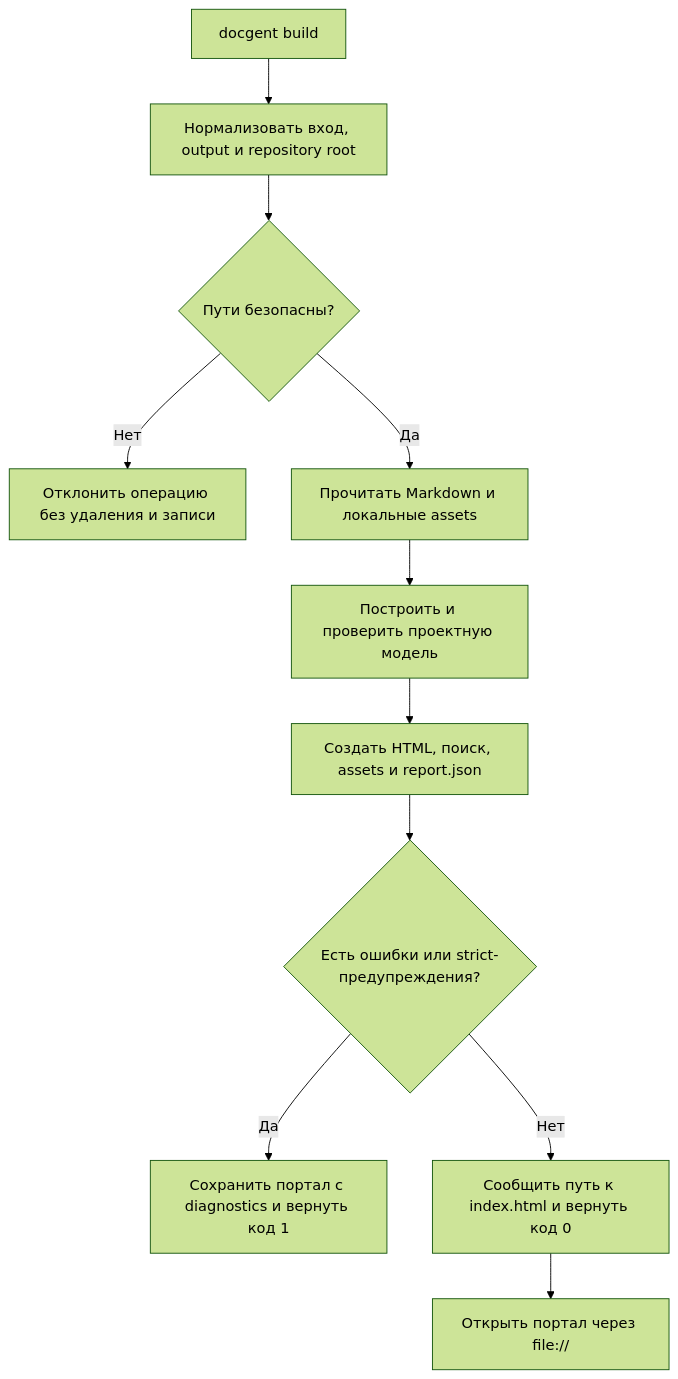
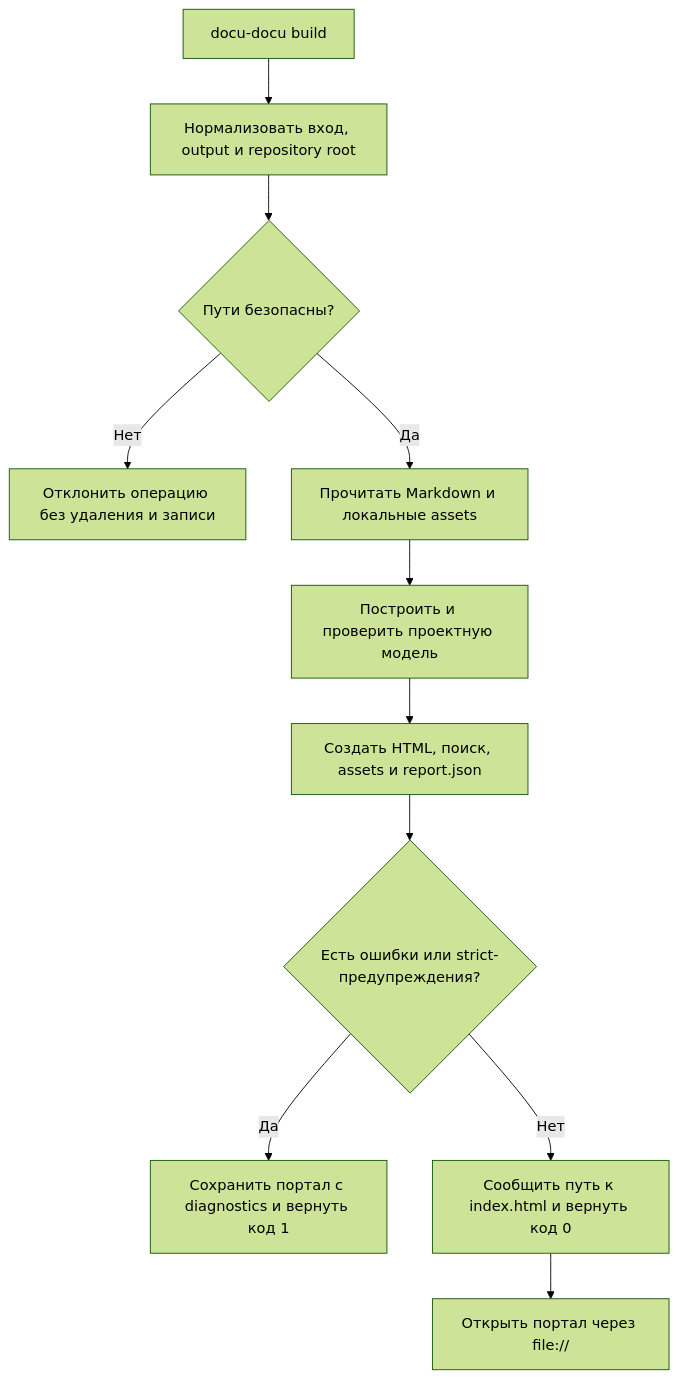
The diagram in docs/flows/FLOW-DOCS-BUILD.md (lumenikoly/toudocu), drawn with Mermaid (forest theme) before and after one commit. The commit also changed 275 other files, not shown here.

First line of the commit message:
Rename and refactor Docgent to Docu-docu across all relevant files and documentation

````diff
--- a/docs/flows/FLOW-DOCS-BUILD.md
+++ b/docs/flows/FLOW-DOCS-BUILD.md
@@ -14,13 +14,13 @@
 ```mermaid
 flowchart TD
-    Start["docgent build"] --> Resolve["Нормализовать вход, output и repository root"]
+    Start["docu-docu build"] --> Resolve["Нормализовать вход, output и repository root"]
     Resolve --> Safe{"Пути безопасны?"}
     Safe -->|Нет| Reject["Отклонить операцию без удаления и записи"]
     Safe -->|Да| Read["Прочитать Markdown и локальные assets"]
     Read --> Model["Построить и проверить проектную модель"]
     Model --> Generate["Создать HTML, поиск, assets и report.json"]
     Generate --> Result{"Есть ошибки или strict-предупреждения?"}
     Result -->|Да| Failed["Сохранить портал с diagnostics и вернуть код 1"]
     Result -->|Нет| Ready["Сообщить путь к index.html и вернуть код 0"]
     Ready --> Open["Открыть портал через file://"]
 ```
````
